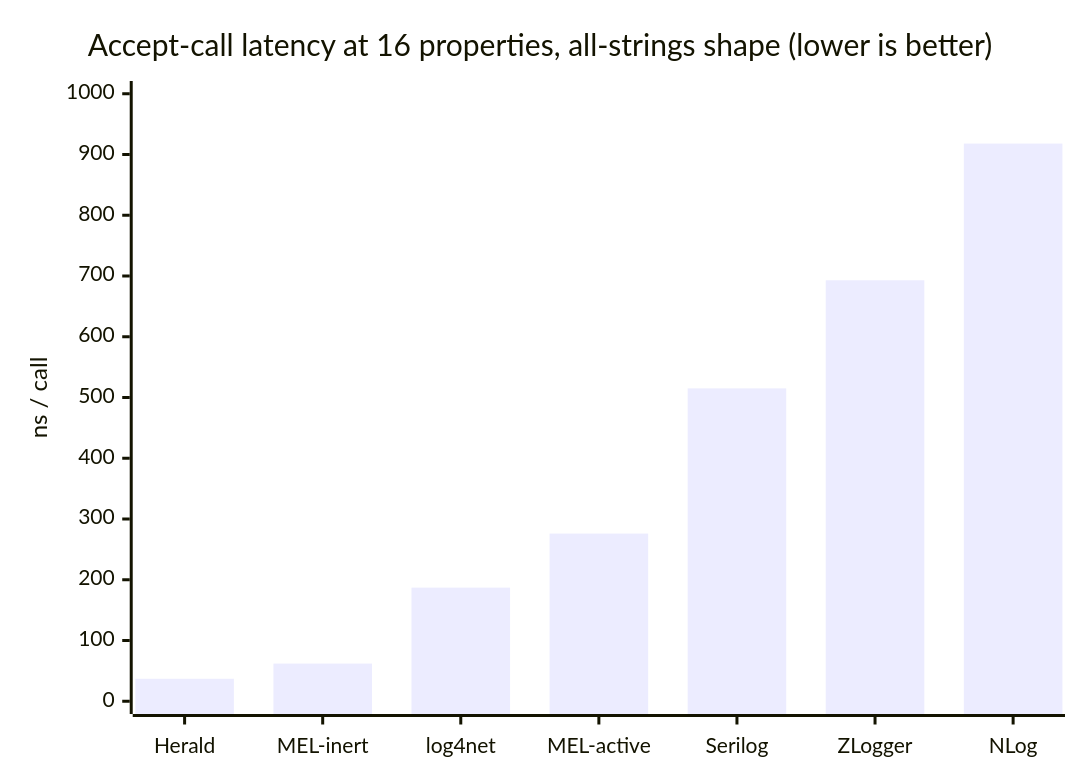
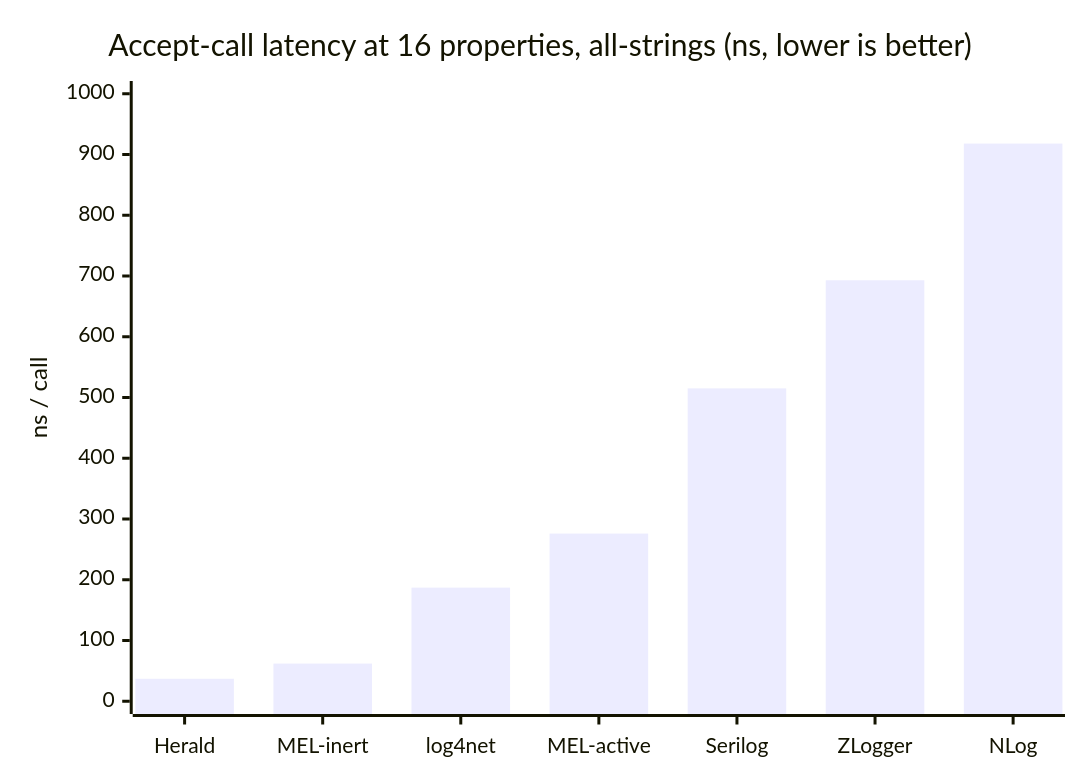
One commit to mmpworks/Herald.OSS changed the third of 7 diagrams in docs/benchmarks/consolidated-benchmarks.md. Above: the diagram before and after it, drawn with Mermaid. The commit also changed other lines of this file and 13 other files, not shown here.

````diff
--- a/docs/benchmarks/consolidated-benchmarks.md
+++ b/docs/benchmarks/consolidated-benchmarks.md
@@ -136,7 +69,7 @@
 ```mermaid
 xychart-beta
-    title "Accept-call latency at 16 properties, all-strings shape (lower is better)"
+    title "Accept-call latency at 16 properties, all-strings (ns, lower is better)"
     x-axis ["Herald", "MEL-inert", "log4net", "MEL-active", "Serilog", "ZLogger", "NLog"]
     y-axis "ns / call" 0 --> 1000
     bar [37, 62, 187, 276, 515, 693, 918]
 ```
````
